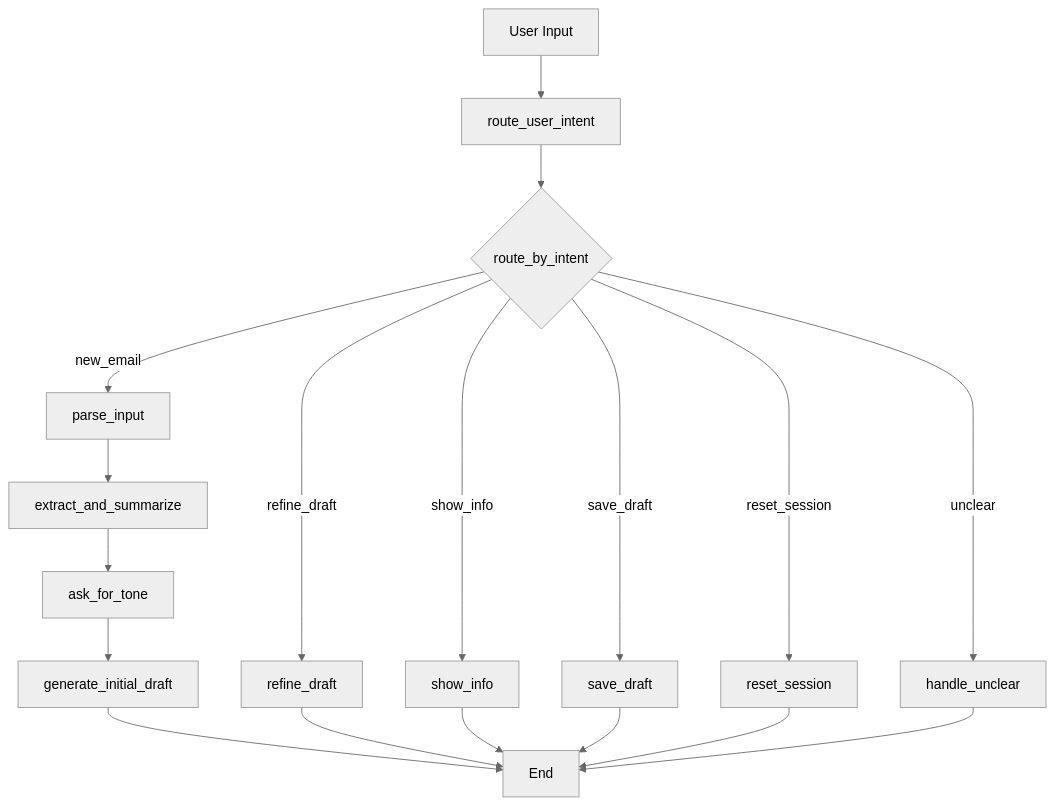
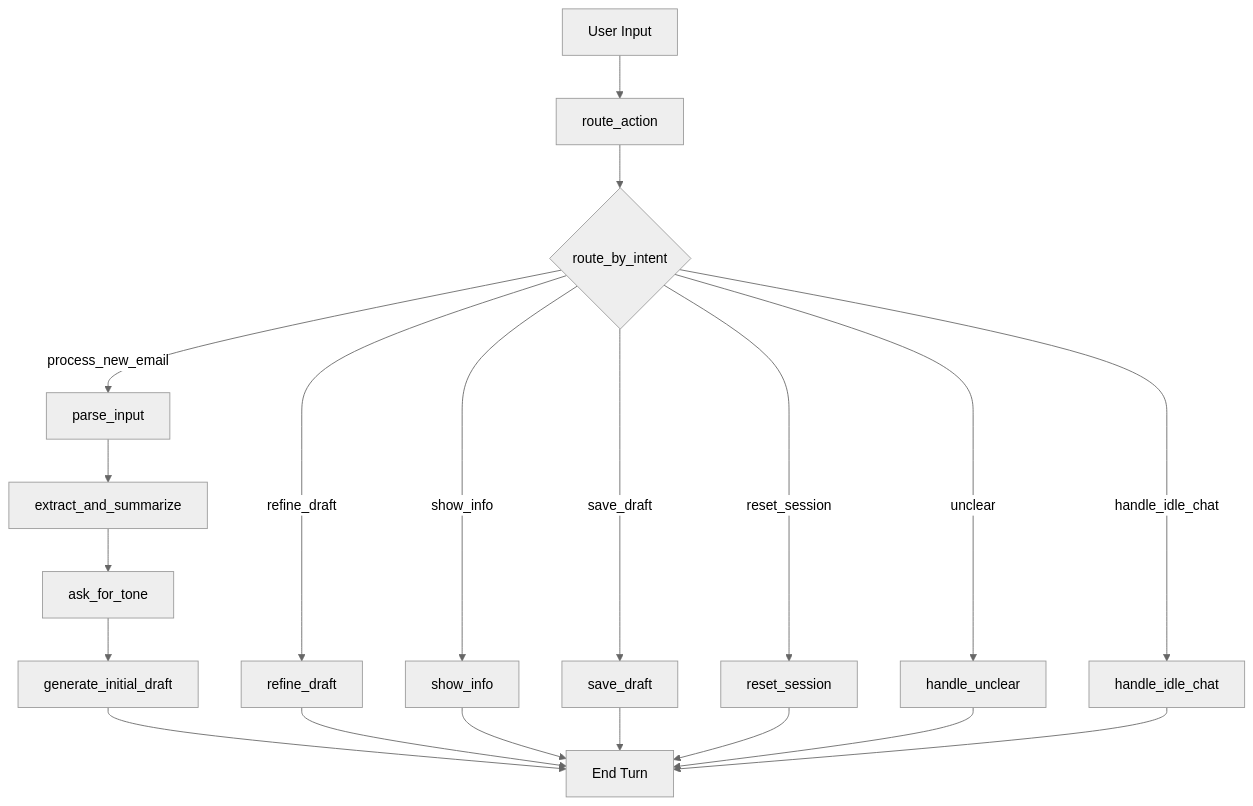
One commit to RayKMAllen/eassistant changed the second of 2 diagrams in docs/Architectural_Plan.md. Above: the diagram before and after it, drawn with Mermaid (neutral theme). The commit also changed other lines of this file and 2 other files, not shown here.

Commit message:
update plan to reflect more context awareness

````diff
--- a/docs/Architectural_Plan.md
+++ b/docs/Architectural_Plan.md
@@ -107,20 +110,25 @@
 ```mermaid
 graph TD
-    A[User Input] --> B[route_user_intent];
+    A[User Input] --> B[route_action];
     B --> C{route_by_intent};
-    C -- new_email --> D[parse_input];
+
+    C -- process_new_email --> D[parse_input];
     C -- refine_draft --> E[refine_draft];
     C -- show_info --> F[show_info];
     C -- save_draft --> G[save_draft];
     C -- reset_session --> H[reset_session];
+    C -- handle_idle_chat --> M[handle_idle_chat];
     C -- unclear --> I[handle_unclear];
+
     D --> J[extract_and_summarize];
     J --> K[ask_for_tone];
     K --> L[generate_initial_draft];
-    L --> M[End];
-    E --> M;
-    F --> M;
-    G --> M;
-    H --> M;
-    I --> M;
+
+    L --> Z[End Turn];
+    E --> Z;
+    F --> Z;
+    G --> Z;
+    H --> Z;
+    I --> Z;
+    M --> Z;
 ```
````
